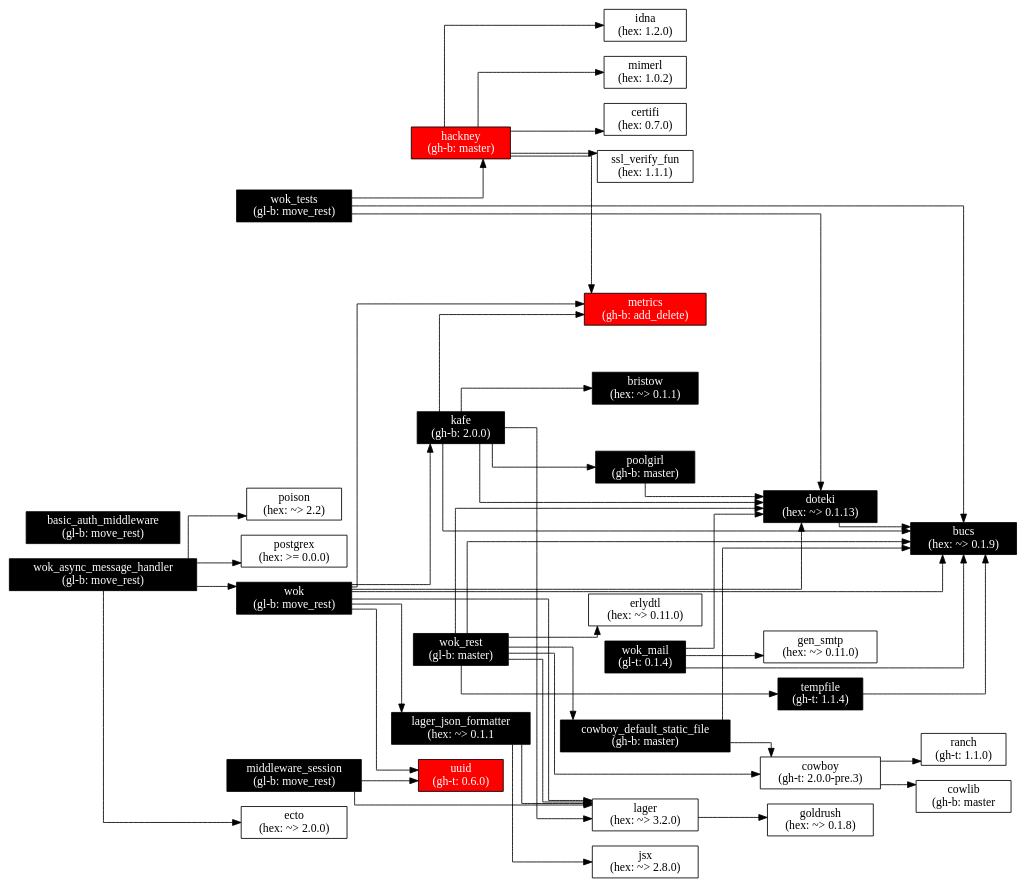
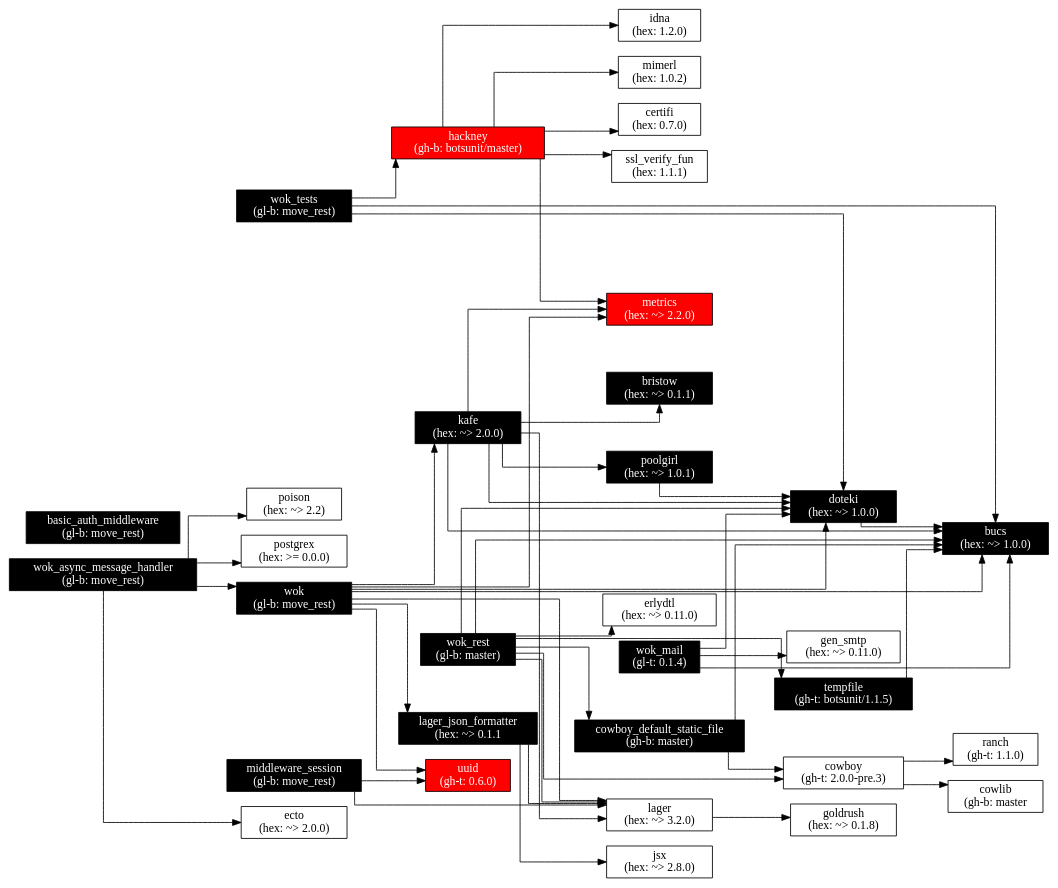
Before and after one commit to botsunit/wok: the diagram in images/wok.deps.gv, drawn with Graphviz. The commit also changed 6 other files, not shown here.

```diff
--- a/images/wok.deps.gv
+++ b/images/wok.deps.gv
@@ -1,158 +1,159 @@
 digraph wok_deps {
   node[shape=box];
   graph[
     remincross=true;
     splines=ortho;
     rankdir=LR;
   ];
 
   wok[label="wok\n(gl-b: move_rest)",
       fontcolor="white",
       style="filled",
       fillcolor="black"];
   lager[label="lager\n(hex: ~> 3.2.0)"];
   lager_json_formatter[label="lager_json_formatter\n(hex: ~> 0.1.1",
                        fontcolor="white",
                        style="filled"
                        fillcolor="black"];
-  kafe[label="kafe\n(gh-b: 2.0.0)",
+  kafe[label="kafe\n(hex: ~> 2.0.0)",
        fontcolor="white",
        style="filled",
        fillcolor="black"];
-  bucs[label="bucs\n(hex: ~> 0.1.9)",
+  bucs[label="bucs\n(hex: ~> 1.0.0)",
        fontcolor="white",
        style="filled",
        fillcolor="black"];
-  doteki[label="doteki\n(hex: ~> 0.1.13)",
+  doteki[label="doteki\n(hex: ~> 1.0.0)",
          fontcolor="white",
          style="filled",
          fillcolor="black"];
   uuid[label="uuid\n(gh-t: 0.6.0)"
        fontcolor="white",
        style="filled",
        fillcolor="red"];
-  metrics[label="metrics\n(gh-b: add_delete)",
+  // metrics[label="metrics\n(gh-t: botsunit/2.2.0)",
+  metrics[label="metrics\n(hex: ~> 2.2.0)",
           fontcolor="white",
           style="filled",
           fillcolor="red"];
   goldrush[label="goldrush\n(hex: ~> 0.1.8)"];
   jsx[label="jsx\n(hex: ~> 2.8.0)"];
-  poolgirl[label="poolgirl\n(gh-b: master)",
+  poolgirl[label="poolgirl\n(hex: ~> 1.0.1)",
            fontcolor="white",
            style="filled",
            fillcolor="black"];
   bristow[label="bristow\n(hex: ~> 0.1.1)",
           fontcolor="white",
           style="filled",
           fillcolor="black"];
   wok_rest[label="wok_rest\n(gl-b: master)",
            fontcolor="white",
            style="filled",
            fillcolor="black"];
   cowboy_default_static_file[label="cowboy_default_static_file\n(gh-b: master)",
                              fontcolor="white",
                              style="filled",
                              fillcolor="black"];
   cowboy[label="cowboy\n(gh-t: 2.0.0-pre.3)"];
-  tempfile[label="tempfile\n(gh-t: 1.1.4)",
+  tempfile[label="tempfile\n(gh-t: botsunit/1.1.5)",
            fontcolor="white",
            style="filled",
            fillcolor="black"];
   erlydtl[label="erlydtl\n(hex: ~> 0.11.0)"];
   cowlib[label="cowlib\n(gh-b: master"];
   ranch[label="ranch\n(gh-t: 1.1.0)"];
   wok_tests[label="wok_tests\n(gl-b: move_rest)",
             fontcolor="white",
             style="filled",
             fillcolor="black"];
-  hackney[label="hackney\n(gh-b: master)",
+  hackney[label="hackney\n(gh-b: botsunit/master)",
           fontcolor="white",
           style="filled",
           fillcolor="red"];
   idna[label="idna\n(hex: 1.2.0)"];
   mimerl[label="mimerl\n(hex: 1.0.2)"];
   certifi[label="certifi\n(hex: 0.7.0)"];
   ssl_verify_fun[label="ssl_verify_fun\n(hex: 1.1.1)"];
   wok_mail[label="wok_mail\n(gl-t: 0.1.4)",
             fontcolor="white",
             style="filled",
             fillcolor="black"];
   gen_smtp[label="gen_smtp\n(hex: ~> 0.11.0)"];
   middleware_session[label="middleware_session\n(gl-b: move_rest)",
                      fontcolor="white",
                      style="filled",
                      fillcolor="black"];
   basic_auth_middleware[label="basic_auth_middleware\n(gl-b: move_rest)",
                         fontcolor="white",
                         style="filled",
                         fillcolor="black"];
   wok_async_message_handler[label="wok_async_message_handler\n(gl-b: move_rest)",
                             fontcolor="white",
                             style="filled",
                             fillcolor="black"];
   postgrex[label="postgrex\n(hex: >= 0.0.0)"];
   ecto[label="ecto\n(hex: ~> 2.0.0)"];
   poison[label="poison\n(hex: ~> 2.2)"];
 
   wok -> lager;
   wok -> lager_json_formatter;
   wok -> kafe;
   wok -> bucs;
   wok -> doteki;
   wok -> uuid;
   wok -> metrics;
 
   wok_rest -> lager;
   wok_rest -> cowboy_default_static_file;
   wok_rest -> cowboy;
   wok_rest -> bucs;
   wok_rest -> doteki;
   wok_rest -> tempfile;
   wok_rest -> erlydtl;
 
   lager -> goldrush;
 
   lager_json_formatter -> lager;
   lager_json_formatter -> jsx;
 
   kafe -> lager;
   kafe -> bucs;
   kafe -> doteki;
   kafe -> poolgirl;
   kafe -> bristow;
   kafe -> metrics;
 
   doteki -> bucs;
 
   poolgirl -> doteki;
 
   cowboy_default_static_file -> cowboy;
   cowboy_default_static_file -> bucs;
 
   cowboy -> cowlib;
   cowboy -> ranch;
 
   tempfile -> bucs;
 
   wok_tests -> bucs;
   wok_tests -> doteki;
   wok_tests -> hackney;
 
   hackney -> idna;
   hackney -> mimerl;
   hackney -> certifi;
   hackney -> metrics;
   hackney -> ssl_verify_fun;
 
   wok_mail -> bucs;
   wok_mail -> doteki;
   wok_mail -> gen_smtp;
 
   middleware_session -> lager;
   middleware_session -> uuid;
 
   wok_async_message_handler -> postgrex;
   wok_async_message_handler -> ecto;
   wok_async_message_handler -> poison;
   wok_async_message_handler -> wok;
 }
```
